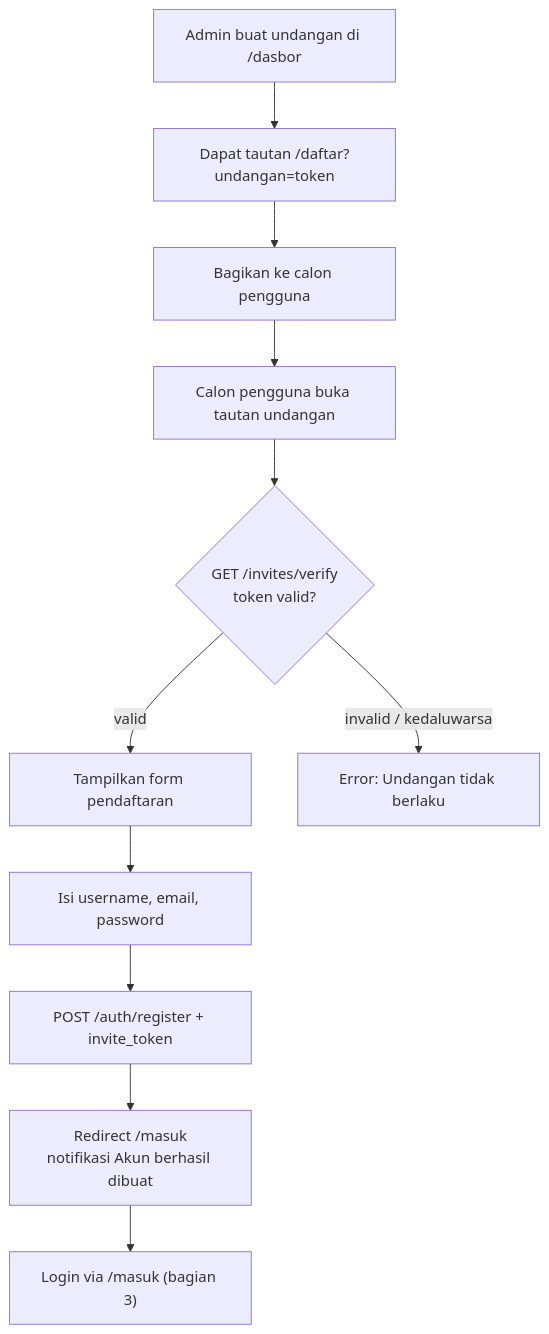
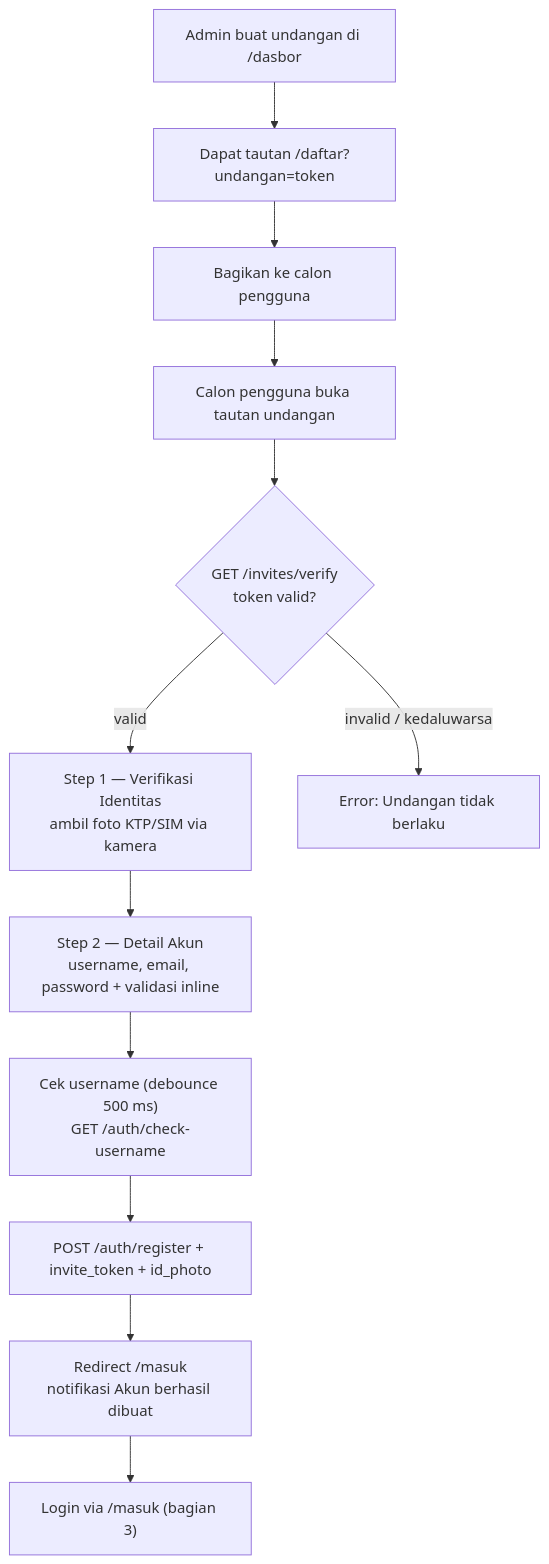
The second of 18 diagrams in docs/dev/user-flow.md (Mesalllnya/Truecount), drawn with Mermaid before and after one commit. The commit also changed other lines of this file and 20 other files, not shown here.

First line of the commit message:
Enhance user registration flow and error handling (#68)

````diff
--- a/docs/dev/user-flow.md
+++ b/docs/dev/user-flow.md
@@ -28,13 +28,14 @@
 ```mermaid
 flowchart TD
     A["Admin buat undangan di /dasbor"] --> B["Dapat tautan /daftar?undangan=token"]
     B --> C["Bagikan ke calon pengguna"]
     C --> D["Calon pengguna buka tautan undangan"]
     D --> E{"GET /invites/verify<br/>token valid?"}
-    E -->|"valid"| F["Tampilkan form pendaftaran"]
+    E -->|"valid"| F["Step 1 — Verifikasi Identitas<br/>ambil foto KTP/SIM via kamera"]
     E -->|"invalid / kedaluwarsa"| G["Error: Undangan tidak berlaku"]
-    F --> H["Isi username, email, password"]
-    H --> I["POST /auth/register + invite_token"]
+    F --> F1["Step 2 — Detail Akun<br/>username, email, password + validasi inline"]
+    F1 --> H["Cek username (debounce 500 ms)<br/>GET /auth/check-username"]
+    H --> I["POST /auth/register + invite_token + id_photo"]
     I --> J["Redirect /masuk<br/>notifikasi Akun berhasil dibuat"]
     J --> K["Login via /masuk (bagian 3)"]
 ```
````
